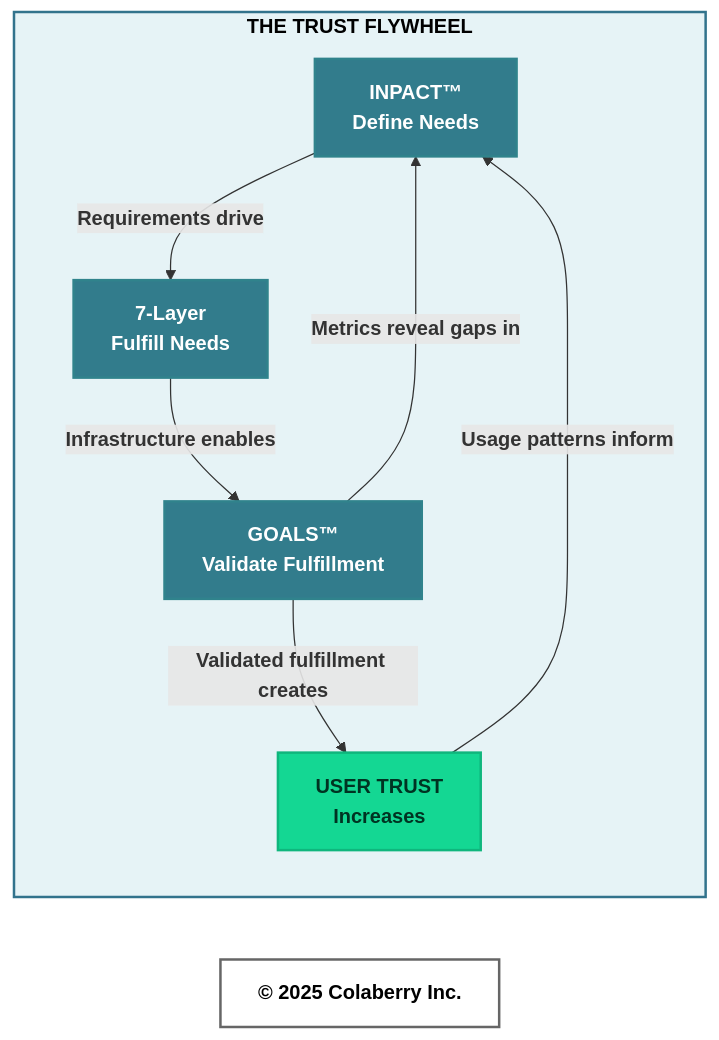
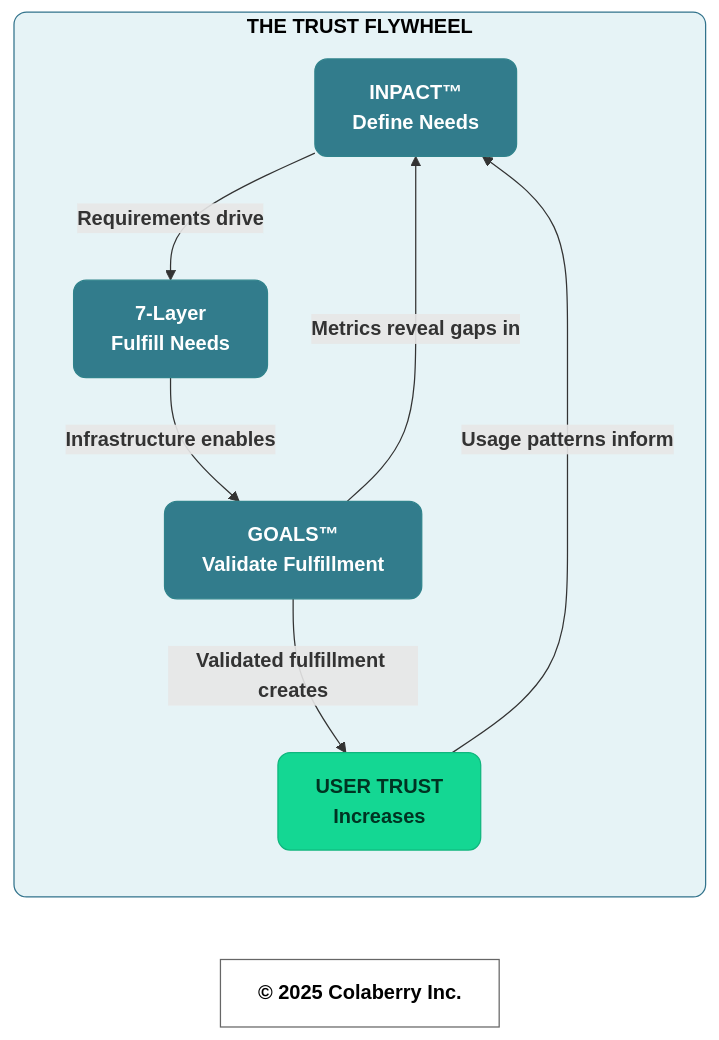
Diagram 13 of 14 in manuscript/08_chapter_7_goals_framework.md (colaberry/trust-before-intelligence-book), drawn with Mermaid before and after one commit. The commit also changed other lines of this file and 12 other files, not shown here.

````diff
--- a/manuscript/08_chapter_7_goals_framework.md
+++ b/manuscript/08_chapter_7_goals_framework.md
@@ -1666,24 +1666,24 @@
 ```mermaid
 graph LR
     subgraph FLYWHEEL["<b>THE TRUST FLYWHEEL</b>"]
         INPACT["<b>INPACT™</b><br/><b>Define Needs</b>"]
         LAYERS["<b>7-Layer</b><br/><b>Fulfill Needs</b>"]
         GOALS["<b>GOALS™</b><br/><b>Validate Fulfillment</b>"]
         TRUST["<b>USER TRUST</b><br/><b>Increases</b>"]
         
         INPACT -->|<b>Requirements drive</b>| LAYERS
         LAYERS -->|<b>Infrastructure enables</b>| GOALS
         GOALS -->|<b>Metrics reveal gaps in</b>| INPACT
         GOALS -->|<b>Validated fulfillment creates</b>| TRUST
         TRUST -->|<b>Usage patterns inform</b>| INPACT
     end
     
-    style FLYWHEEL fill:#E6F3F6,stroke:#32738C,stroke-width:2px,color:#000000
-    style INPACT fill:#327C8C,stroke:#30838C,stroke-width:2px,color:#ffffff
-    style LAYERS fill:#327C8C,stroke:#30838C,stroke-width:2px,color:#ffffff
-    style GOALS fill:#327C8C,stroke:#30838C,stroke-width:2px,color:#ffffff
-    style TRUST fill:#14D793,stroke:#0FB67D,stroke-width:2px,color:#003322
+    style FLYWHEEL fill:#E6F3F6,stroke:#32738C,stroke-width:1px,color:#000000,rx:10,ry:10
+    style INPACT fill:#327C8C,stroke:#30838C,stroke-width:1px,color:#ffffff,rx:10,ry:10
+    style LAYERS fill:#327C8C,stroke:#30838C,stroke-width:1px,color:#ffffff,rx:10,ry:10
+    style GOALS fill:#327C8C,stroke:#30838C,stroke-width:1px,color:#ffffff,rx:10,ry:10
+    style TRUST fill:#14D793,stroke:#0FB67D,stroke-width:1px,color:#003322,rx:10,ry:10
     
     Copyright["<b>© 2025 Colaberry Inc.</b>"]
-    style Copyright fill:#ffffff,stroke:#666666,stroke-width:2px,color:#000000
+    style Copyright fill:none,stroke:#666666,stroke-width:1px,color:#000000
 ```
````
